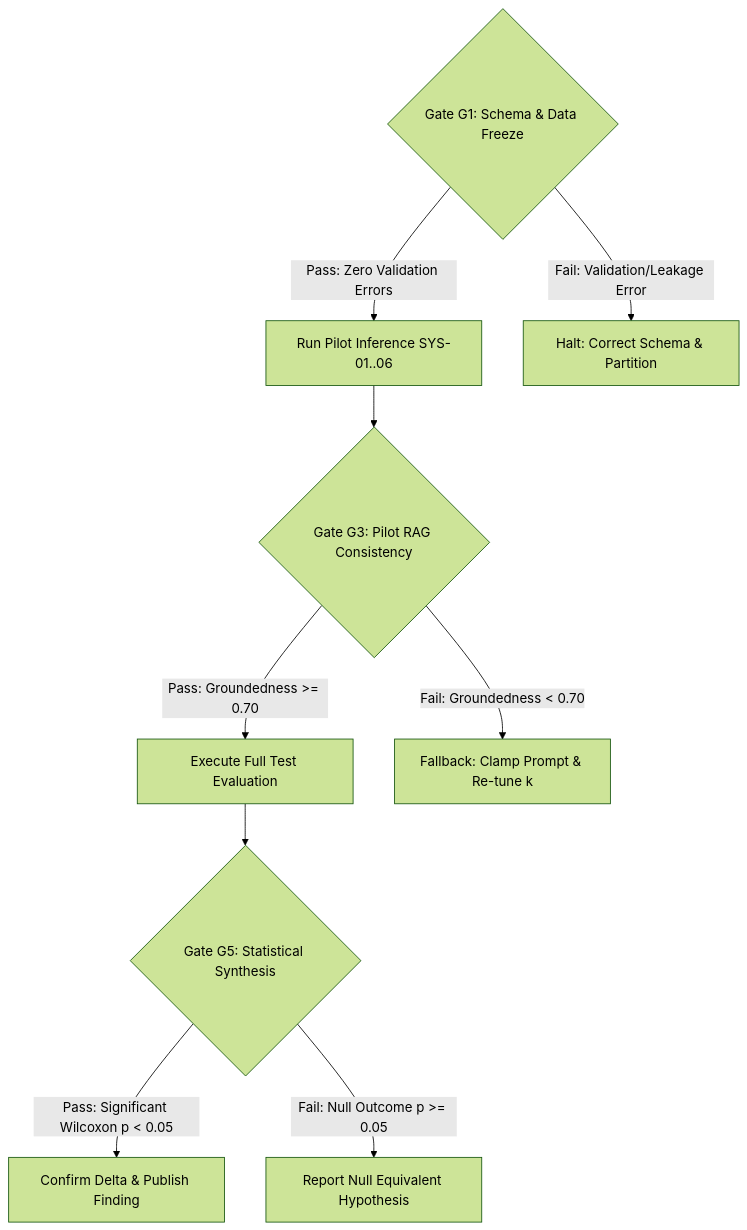
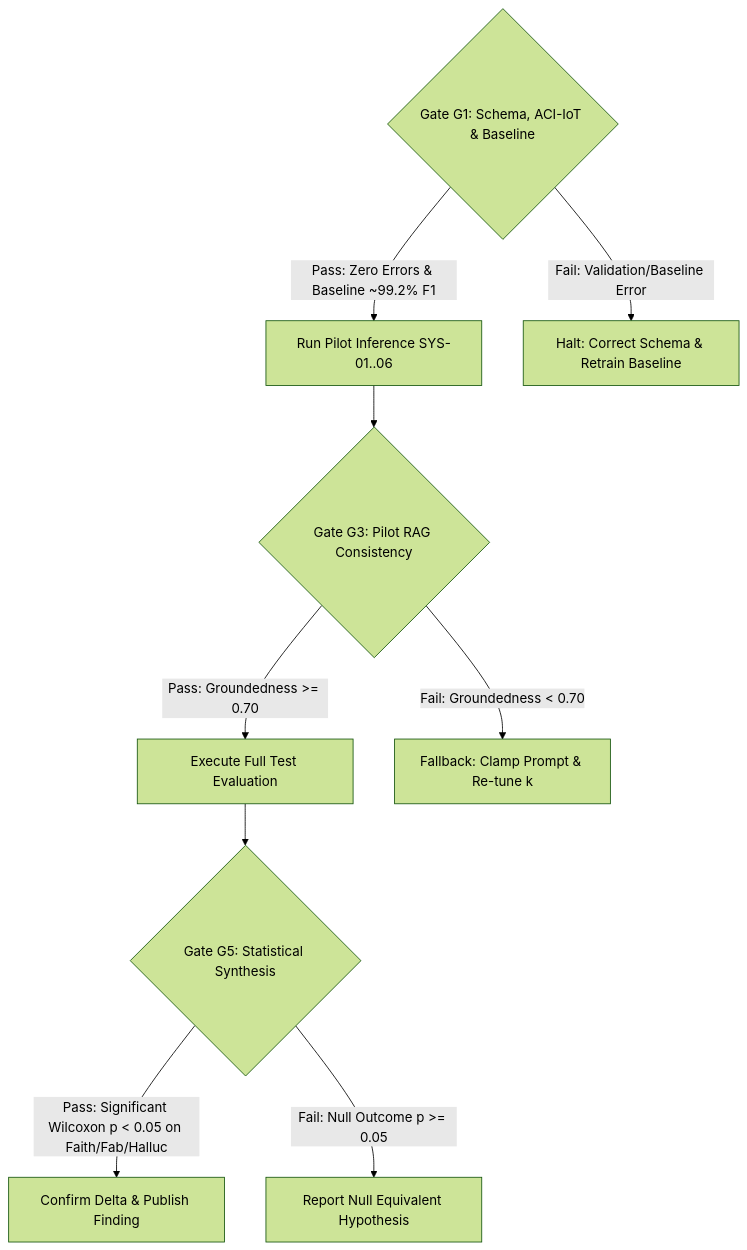
One commit to Git-Dileep/Project-CLARITY changed the diagram in protocol/protocol_v1.md. Above: the diagram before and after it, drawn with Mermaid (forest theme). The commit also changed other lines of this file and 6 other files, not shown here.

````diff
--- a/protocol/protocol_v1.md
+++ b/protocol/protocol_v1.md
@@ -117,11 +127,11 @@
 ```mermaid
 flowchart TD
-    G1{Gate G1: Schema & Data Freeze} -->|Pass: Zero Validation Errors| Exec[Run Pilot Inference SYS-01..06]
-    G1 -->|Fail: Validation/Leakage Error| Hal1[Halt: Correct Schema & Partition]
+    G1{Gate G1: Schema, ACI-IoT & Baseline} -->|Pass: Zero Errors & Baseline ~99.2% F1| Exec[Run Pilot Inference SYS-01..06]
+    G1 -->|Fail: Validation/Baseline Error| Hal1[Halt: Correct Schema & Retrain Baseline]
     Exec --> G3{Gate G3: Pilot RAG Consistency}
     G3 -->|Pass: Groundedness >= 0.70| Prod[Execute Full Test Evaluation]
     G3 -->|Fail: Groundedness < 0.70| FBack[Fallback: Clamp Prompt & Re-tune k]
     Prod --> G5{Gate G5: Statistical Synthesis}
-    G5 -->|Pass: Significant Wilcoxon p < 0.05| Concl[Confirm Delta & Publish Finding]
+    G5 -->|Pass: Significant Wilcoxon p < 0.05 on Faith/Fab/Halluc| Concl[Confirm Delta & Publish Finding]
     G5 -->|Fail: Null Outcome p >= 0.05| RepNull[Report Null Equivalent Hypothesis]
 ```
````
